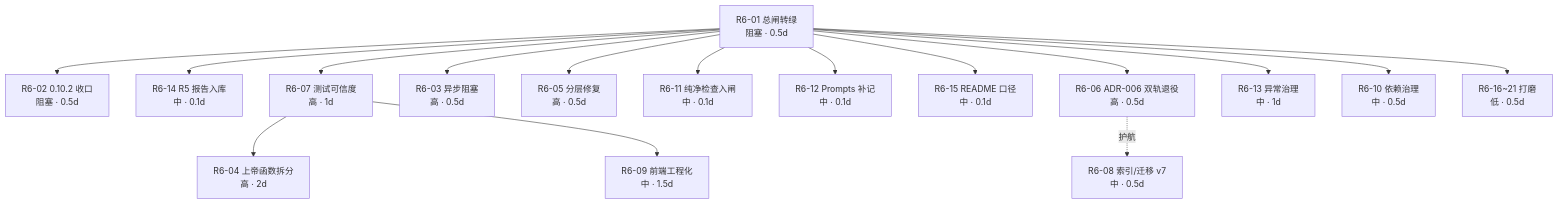
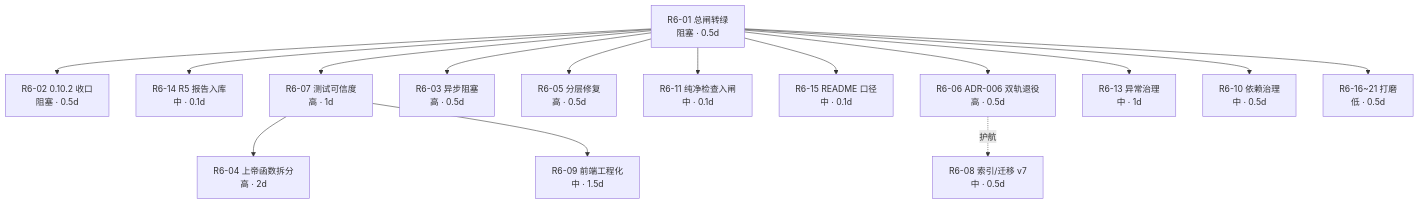
The diagram in docs/工程审查改进指南_2026-09-15.md (2710074390-cyber/medkit), drawn with Mermaid before and after one commit. The commit also changed other lines of this file and 6 other files, not shown here.

````diff
--- a/docs/工程审查改进指南_2026-09-15.md
+++ b/docs/工程审查改进指南_2026-09-15.md
@@ -753,18 +753,17 @@
 ```mermaid
 graph TD
     R601[R6-01 总闸转绿<br/>阻塞 · 0.5d] --> R602[R6-02 0.10.2 收口<br/>阻塞 · 0.5d]
     R601 --> R614[R6-14 R5 报告入库<br/>中 · 0.1d]
     R601 --> R607[R6-07 测试可信度<br/>高 · 1d]
     R607 --> R604[R6-04 上帝函数拆分<br/>高 · 2d]
     R607 --> R609[R6-09 前端工程化<br/>中 · 1.5d]
     R601 --> R603[R6-03 异步阻塞<br/>高 · 0.5d]
     R601 --> R605[R6-05 分层修复<br/>高 · 0.5d]
     R601 --> R611[R6-11 纯净检查入闸<br/>中 · 0.1d]
-    R601 --> R612[R6-12 Prompts 补记<br/>中 · 0.1d]
     R601 --> R615[R6-15 README 口径<br/>中 · 0.1d]
     R601 --> R606[R6-06 ADR-006 双轨退役<br/>高 · 0.5d]
     R606 -.护航.-> R608[R6-08 索引/迁移 v7<br/>中 · 0.5d]
     R601 --> R613[R6-13 异常治理<br/>中 · 1d]
     R601 --> R610[R6-10 依赖治理<br/>中 · 0.5d]
     R601 --> R616[R6-16~21 打磨<br/>低 · 0.5d]
 ```
````
